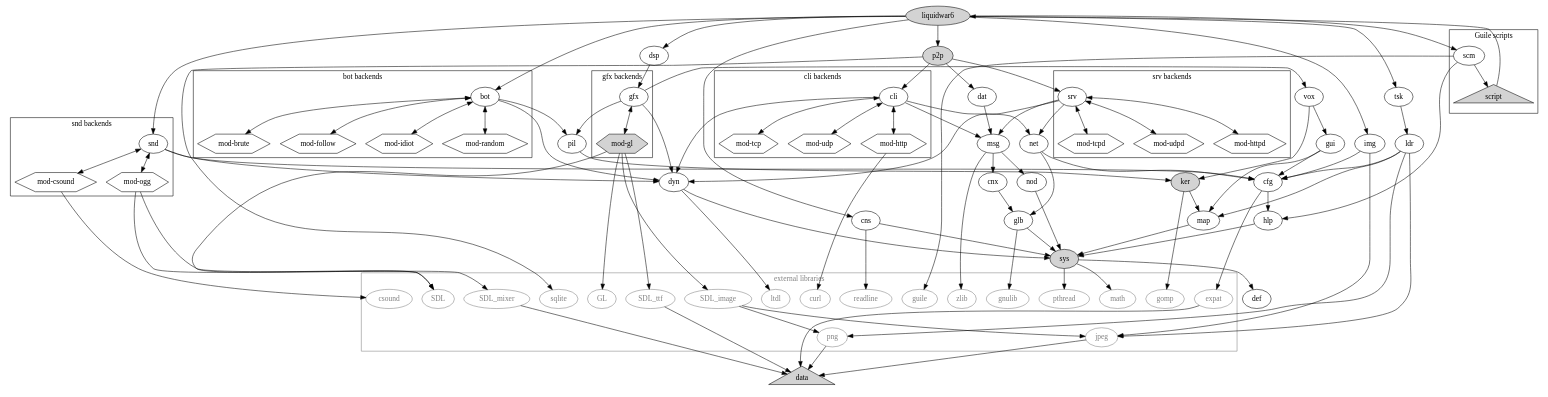
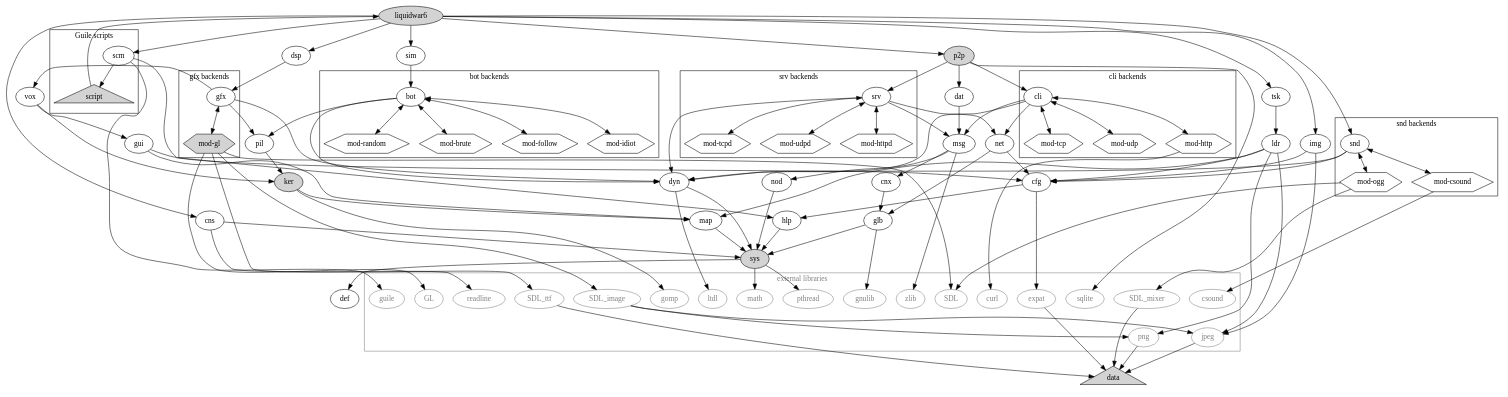
The diagram in liquidwar6/doc/deps.dot (gitGNU/gnu_liquidwar6), drawn with Graphviz before and after one commit. The commit also changed 30 other files, not shown here.

```diff
--- a/liquidwar6/doc/deps.dot
+++ b/liquidwar6/doc/deps.dot
@@ -75,6 +75,7 @@
 	pil -> ker
 	scm -> hlp
 	scm -> guile
+	sim -> bot
 	snd -> dyn
 	snd -> cfg
 subgraph cluster_snd {
@@ -106,7 +107,7 @@
 	vox -> ker
 
 	liquidwar6 [style=filled,fillcolor=lightgrey]
-	liquidwar6 -> bot
+	liquidwar6 -> sim
 	liquidwar6 -> dsp
 	liquidwar6 -> img
 	liquidwar6 -> tsk
```
